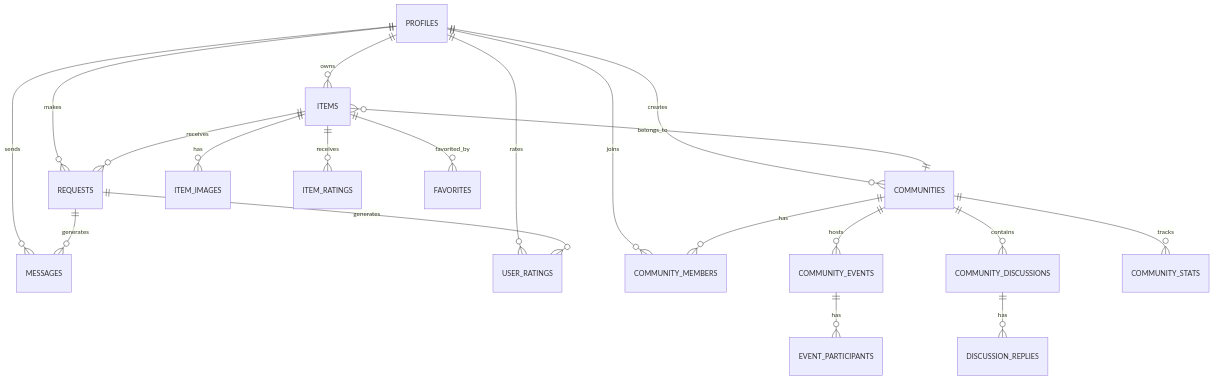
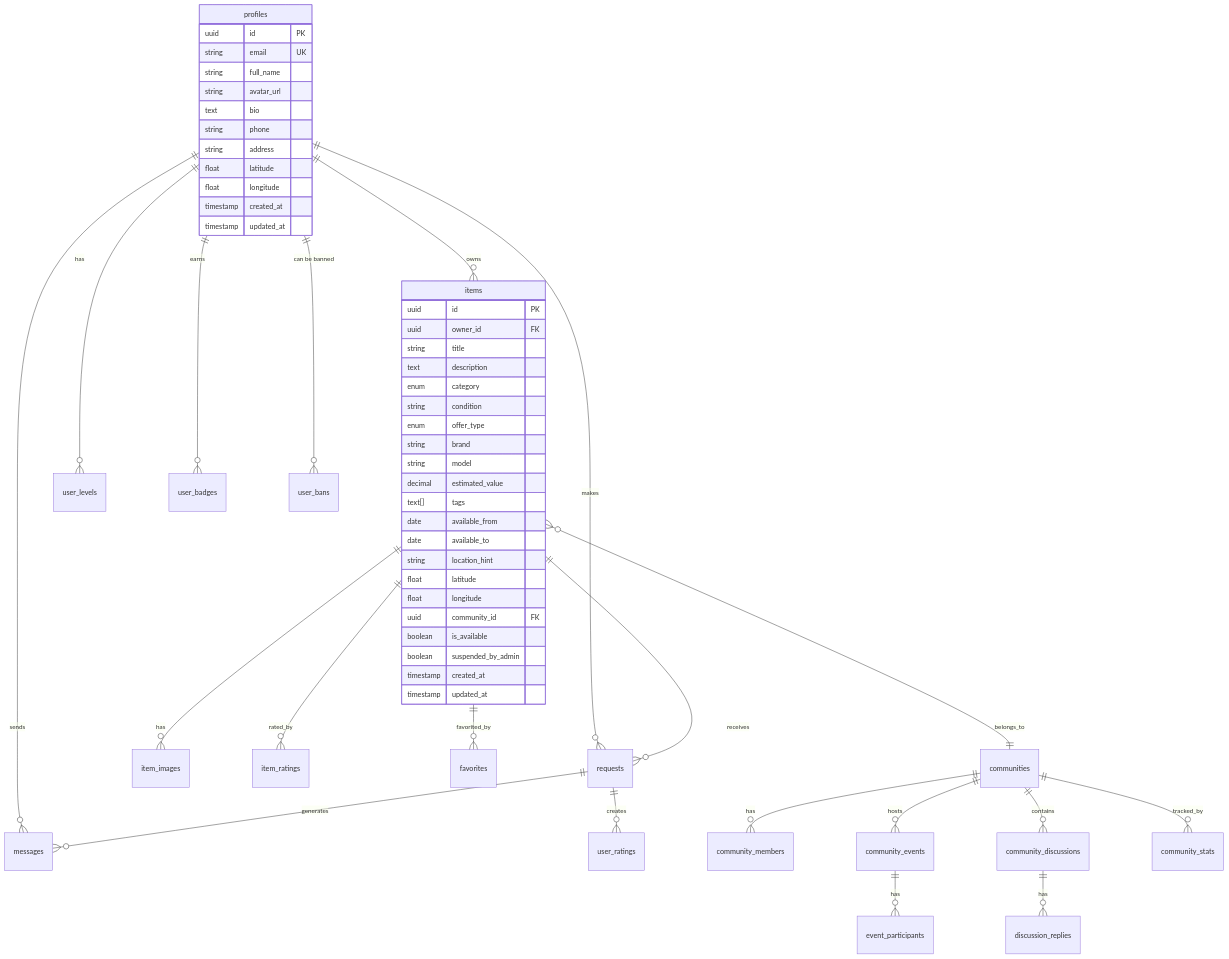
One commit to moonback/Echangeo-officiel changed the diagram in DB_SCHEMA.md. Above: the diagram before and after it, drawn with Mermaid. The commit also changed other lines of this file and 8 other files, not shown here.

````diff
--- a/DB_SCHEMA.md
+++ b/DB_SCHEMA.md
@@ -9,26 +9,64 @@
 ```mermaid
 erDiagram
-    PROFILES ||--o{ ITEMS : owns
-    PROFILES ||--o{ REQUESTS : makes
-    PROFILES ||--o{ MESSAGES : sends
-    PROFILES ||--o{ USER_RATINGS : rates
-    PROFILES ||--o{ COMMUNITY_MEMBERS : joins
-    PROFILES ||--o{ COMMUNITIES : creates
+    profiles ||--o{ items : owns
+    profiles ||--o{ requests : makes
+    profiles ||--o{ messages : sends
+    profiles ||--o{ user_levels : has
+    profiles ||--o{ user_badges : earns
+    profiles ||--o{ user_bans : "can be banned"
     
-    ITEMS ||--o{ ITEM_IMAGES : has
-    ITEMS ||--o{ REQUESTS : receives
-    ITEMS ||--o{ ITEM_RATINGS : receives
-    ITEMS ||--o{ FAVORITES : favorited_by
-    ITEMS }o--|| COMMUNITIES : belongs_to
+    items ||--o{ item_images : has
+    items ||--o{ requests : receives
+    items ||--o{ item_ratings : rated_by
+    items ||--o{ favorites : favorited_by
+    items }o--|| communities : belongs_to
     
-    REQUESTS ||--o{ MESSAGES : generates
-    REQUESTS ||--o{ USER_RATINGS : generates
+    requests ||--o{ messages : generates
+    requests ||--o{ user_ratings : creates
     
-    COMMUNITIES ||--o{ COMMUNITY_MEMBERS : has
-    COMMUNITIES ||--o{ COMMUNITY_EVENTS : hosts
-    COMMUNITIES ||--o{ COMMUNITY_DISCUSSIONS : contains
-    COMMUNITIES ||--o{ COMMUNITY_STATS : tracks
+    communities ||--o{ community_members : has
+    communities ||--o{ community_events : hosts
+    communities ||--o{ community_discussions : contains
+    communities ||--o{ community_stats : tracked_by
     
-    COMMUNITY_EVENTS ||--o{ EVENT_PARTICIPANTS : has
-    COMMUNITY_DISCUSSIONS ||--o{ DISCUSSION_REPLIES : has
+    community_events ||--o{ event_participants : has
+    community_discussions ||--o{ discussion_replies : has
+    
+    profiles {
+        uuid id PK
+        string email UK
+        string full_name
+        string avatar_url
+        text bio
+        string phone
+        string address
+        float latitude
+        float longitude
+        timestamp created_at
+        timestamp updated_at
+    }
+    
+    items {
+        uuid id PK
+        uuid owner_id FK
+        string title
+        text description
+        enum category
+        string condition
+        enum offer_type
+        string brand
+        string model
+        decimal estimated_value
+        text[] tags
+        date available_from
+        date available_to
+        string location_hint
+        float latitude
+        float longitude
+        uuid community_id FK
+        boolean is_available
+        boolean suspended_by_admin
+        timestamp created_at
+        timestamp updated_at
+    }
 ```
````
